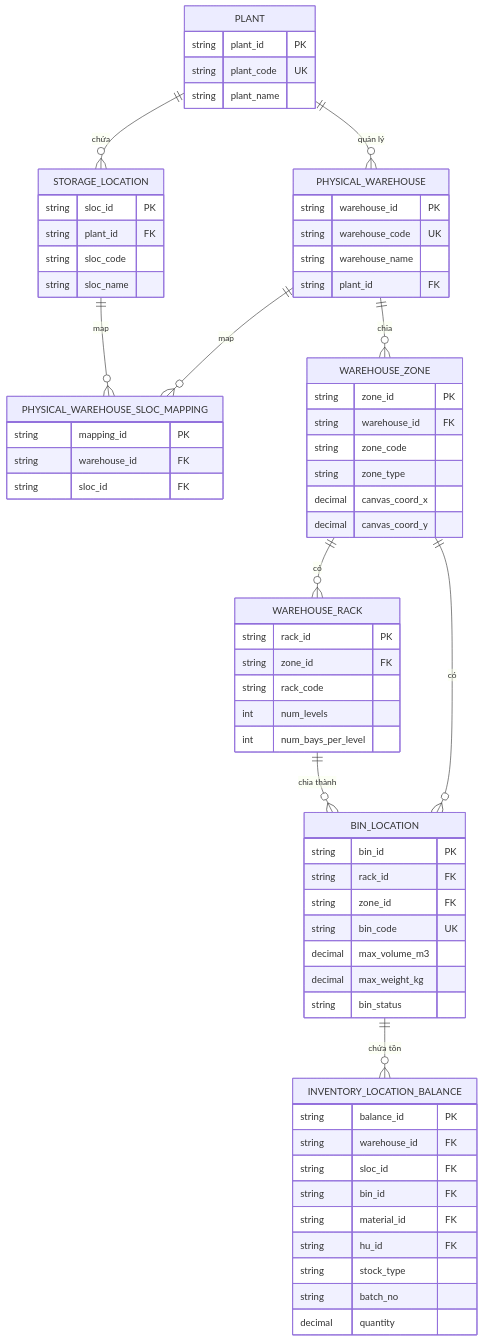
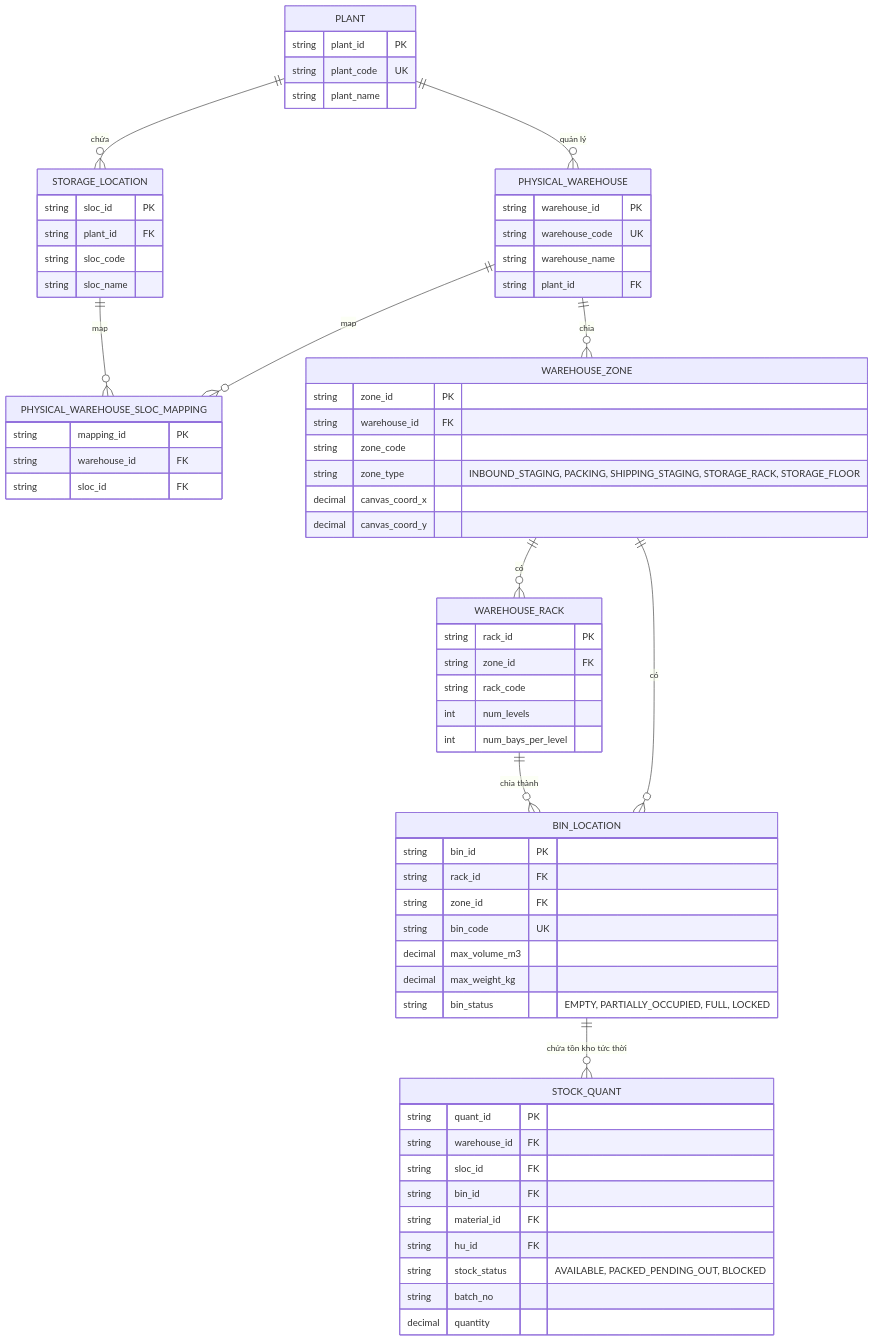
Before and after one commit to EdwardTran04/Project_Management: the second of 8 diagrams in dev/db/01_Entity_Attribute_Dictionary.md, drawn with Mermaid. The commit also changed other lines of this file and 2 other files, not shown here.

````diff
--- a/dev/db/01_Entity_Attribute_Dictionary.md
+++ b/dev/db/01_Entity_Attribute_Dictionary.md
@@ -153,70 +159,70 @@
 ```mermaid
 erDiagram
     PLANT {
         string plant_id PK
         string plant_code UK
         string plant_name
     }
     STORAGE_LOCATION {
         string sloc_id PK
         string plant_id FK
         string sloc_code
         string sloc_name
     }
     PHYSICAL_WAREHOUSE {
         string warehouse_id PK
         string warehouse_code UK
         string warehouse_name
         string plant_id FK
     }
     PHYSICAL_WAREHOUSE_SLOC_MAPPING {
         string mapping_id PK
         string warehouse_id FK
         string sloc_id FK
     }
     WAREHOUSE_ZONE {
         string zone_id PK
         string warehouse_id FK
         string zone_code
-        string zone_type
+        string zone_type "INBOUND_STAGING, PACKING, SHIPPING_STAGING, STORAGE_RACK, STORAGE_FLOOR"
         decimal canvas_coord_x
         decimal canvas_coord_y
     }
     WAREHOUSE_RACK {
         string rack_id PK
         string zone_id FK
         string rack_code
         int num_levels
         int num_bays_per_level
     }
     BIN_LOCATION {
         string bin_id PK
         string rack_id FK
         string zone_id FK
         string bin_code UK
         decimal max_volume_m3
         decimal max_weight_kg
-        string bin_status
+        string bin_status "EMPTY, PARTIALLY_OCCUPIED, FULL, LOCKED"
     }
-    INVENTORY_LOCATION_BALANCE {
-        string balance_id PK
+    STOCK_QUANT {
+        string quant_id PK
         string warehouse_id FK
         string sloc_id FK
         string bin_id FK
         string material_id FK
         string hu_id FK
-        string stock_type
+        string stock_status "AVAILABLE, PACKED_PENDING_OUT, BLOCKED"
         string batch_no
         decimal quantity
     }
 
     PLANT ||--o{ STORAGE_LOCATION : "chứa"
     PLANT ||--o{ PHYSICAL_WAREHOUSE : "quản lý"
     PHYSICAL_WAREHOUSE ||--o{ PHYSICAL_WAREHOUSE_SLOC_MAPPING : "map"
     STORAGE_LOCATION ||--o{ PHYSICAL_WAREHOUSE_SLOC_MAPPING : "map"
     PHYSICAL_WAREHOUSE ||--o{ WAREHOUSE_ZONE : "chia"
     WAREHOUSE_ZONE ||--o{ WAREHOUSE_RACK : "có"
     WAREHOUSE_ZONE ||--o{ BIN_LOCATION : "có"
     WAREHOUSE_RACK ||--o{ BIN_LOCATION : "chia thành"
-    BIN_LOCATION ||--o{ INVENTORY_LOCATION_BALANCE : "chứa tồn"
+    BIN_LOCATION ||--o{ STOCK_QUANT : "chứa tồn kho tức thời"
 ```
````
